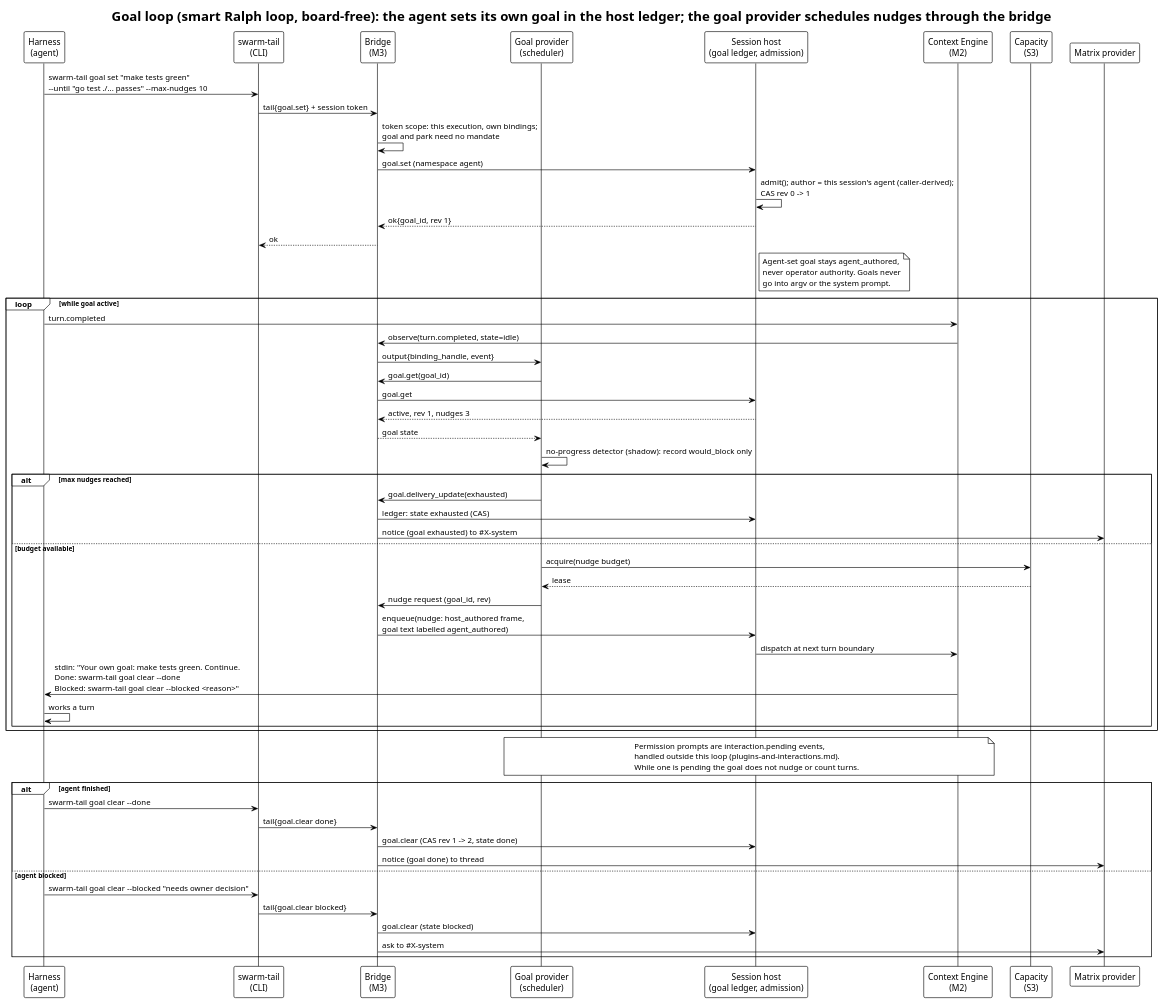
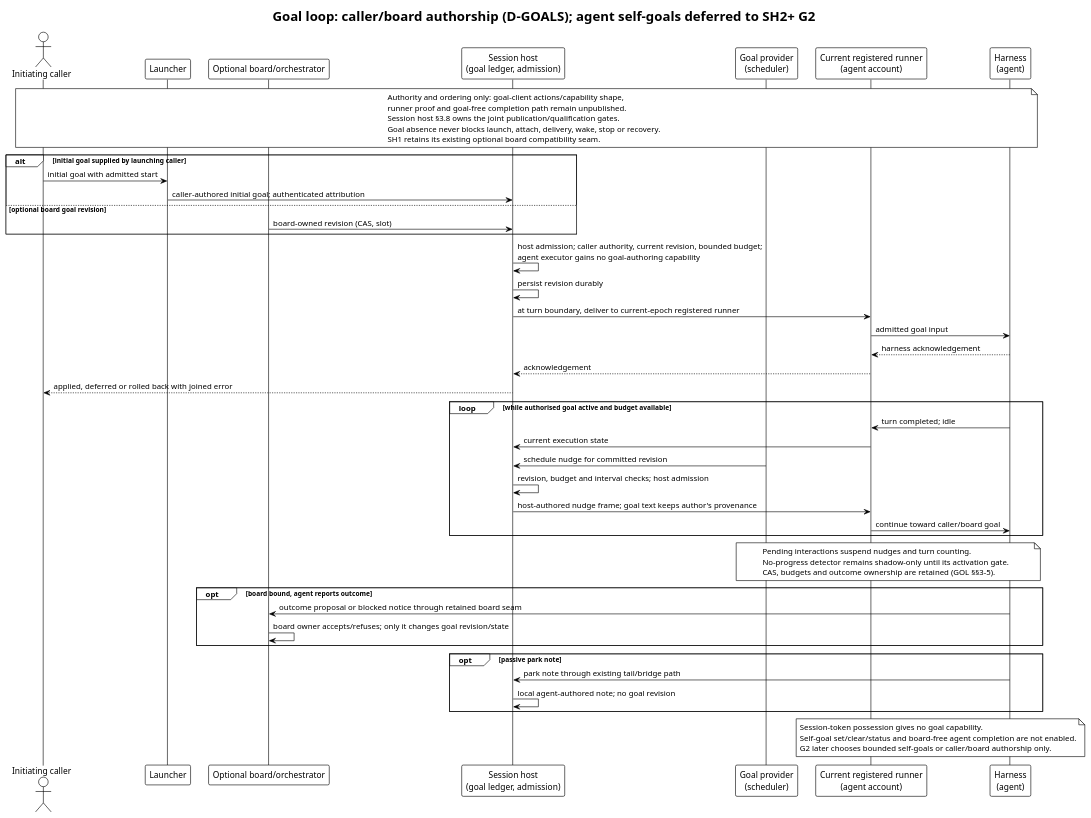
The diagram in diagrams/plantuml/sequence/goal-loop.puml (relux-works/swarm-platform-architecture), drawn with PlantUML before and after one commit. The commit also changed 16 other files, not shown here.

First line of the commit message:
Wave 6: align the architecture draft with the accepted architecture-review findings (TASK-261013-2pihb0)

```diff
--- a/diagrams/plantuml/sequence/goal-loop.puml
+++ b/diagrams/plantuml/sequence/goal-loop.puml
@@ -1,67 +1,61 @@
 @startuml goal-loop
 !theme plain
-title Goal loop (smart Ralph loop, board-free): the agent sets its own goal in the host ledger; the goal provider schedules nudges through the bridge
+title Goal loop: caller/board authorship (D-GOALS); agent self-goals deferred to SH2+ G2
+' Updated: accepted architecture-review findings (2026-10-13)
 
+actor "Initiating caller" as Caller
+participant "Launcher" as L
+participant "Optional board/orchestrator" as B
+participant "Session host\n(goal ledger, admission)" as SH
+participant "Goal provider\n(scheduler)" as GP
+participant "Current registered runner\n(agent account)" as R
 participant "Harness\n(agent)" as H
-participant "swarm-tail\n(CLI)" as Tail
-participant "Bridge\n(M3)" as BR
-participant "Goal provider\n(scheduler)" as GP
-participant "Session host\n(goal ledger, admission)" as SH
-participant "Context Engine\n(M2)" as CE
-participant "Capacity\n(S3)" as Cap
-participant "Matrix provider" as MP
 
-H -> Tail: swarm-tail goal set "make tests green"\n~--until "go test ./... passes" ~--max-nudges 10
-Tail -> BR: tail{goal.set} + session token
-BR -> BR: token scope: this execution, own bindings;\ngoal and park need no mandate
-BR -> SH: goal.set (namespace agent)
-SH -> SH: admit(); author = this session's agent (caller-derived);\nCAS rev 0 -> 1
-SH --> BR: ok{goal_id, rev 1}
-BR --> Tail: ok
-note right of SH
-  Agent-set goal stays agent_authored,
-  never operator authority. Goals never
-  go into argv or the system prompt.
+note over Caller, H
+  Authority and ordering only: goal-client actions/capability shape,
+  runner proof and goal-free completion path remain unpublished.
+  Session host §3.8 owns the joint publication/qualification gates.
+  Goal absence never blocks launch, attach, delivery, wake, stop or recovery.
+  SH1 retains its existing optional board compatibility seam.
 end note
+alt initial goal supplied by launching caller
+  Caller -> L: initial goal with admitted start
+  L -> SH: caller-authored initial goal; authenticated attribution
+else optional board goal revision
+  B -> SH: board-owned revision (CAS, slot)
+end
+SH -> SH: host admission; caller authority, current revision, bounded budget;\nagent executor gains no goal-authoring capability
+SH -> SH: persist revision durably
+SH -> R: at turn boundary, deliver to current-epoch registered runner
+R -> H: admitted goal input
+H --> R: harness acknowledgement
+R --> SH: acknowledgement
+SH --> Caller: applied, deferred or rolled back with joined error
 
-loop while goal active
-  H -> CE: turn.completed
-  CE -> BR: observe(turn.completed, state=idle)
-  BR -> GP: output{binding_handle, event}
-  GP -> BR: goal.get(goal_id)
-  BR -> SH: goal.get
-  SH --> BR: active, rev 1, nudges 3
-  BR --> GP: goal state
-  GP -> GP: no-progress detector (shadow): record would_block only
-  alt max nudges reached
-    GP -> BR: goal.delivery_update(exhausted)
-    BR -> SH: ledger: state exhausted (CAS)
-    BR -> MP: notice (goal exhausted) to #X-system
-  else budget available
-    GP -> Cap: acquire(nudge budget)
-    Cap --> GP: lease
-    GP -> BR: nudge request (goal_id, rev)
-    BR -> SH: enqueue(nudge: host_authored frame,\ngoal text labelled agent_authored)
-    SH -> CE: dispatch at next turn boundary
-    CE -> H: stdin: "Your own goal: make tests green. Continue.\nDone: swarm-tail goal clear ~--done\nBlocked: swarm-tail goal clear ~--blocked <reason>"
-    H -> H: works a turn
-  end
+loop while authorised goal active and budget available
+  H -> R: turn completed; idle
+  R -> SH: current execution state
+  GP -> SH: schedule nudge for committed revision
+  SH -> SH: revision, budget and interval checks; host admission
+  SH -> R: host-authored nudge frame; goal text keeps author's provenance
+  R -> H: continue toward caller/board goal
 end
-note over CE, GP
-  Permission prompts are interaction.pending events,
-  handled outside this loop (plugins-and-interactions.md).
-  While one is pending the goal does not nudge or count turns.
+note over GP, H
+  Pending interactions suspend nudges and turn counting.
+  No-progress detector remains shadow-only until its activation gate.
+  CAS, budgets and outcome ownership are retained (GOL §§3–5).
 end note
-
-alt agent finished
-  H -> Tail: swarm-tail goal clear ~--done
-  Tail -> BR: tail{goal.clear done}
-  BR -> SH: goal.clear (CAS rev 1 -> 2, state done)
-  BR -> MP: notice (goal done) to thread
-else agent blocked
-  H -> Tail: swarm-tail goal clear ~--blocked "needs owner decision"
-  Tail -> BR: tail{goal.clear blocked}
-  BR -> SH: goal.clear (state blocked)
-  BR -> MP: ask to #X-system
+opt board bound, agent reports outcome
+  H -> B: outcome proposal or blocked notice through retained board seam
+  B -> B: board owner accepts/refuses; only it changes goal revision/state
 end
+opt passive park note
+  H -> SH: park note through existing tail/bridge path
+  SH -> SH: local agent-authored note; no goal revision
+end
+note over R, H
+  Session-token possession gives no goal capability.
+  Self-goal set/clear/status and board-free agent completion are not enabled.
+  G2 later chooses bounded self-goals or caller/board authorship only.
+end note
 @enduml
```
